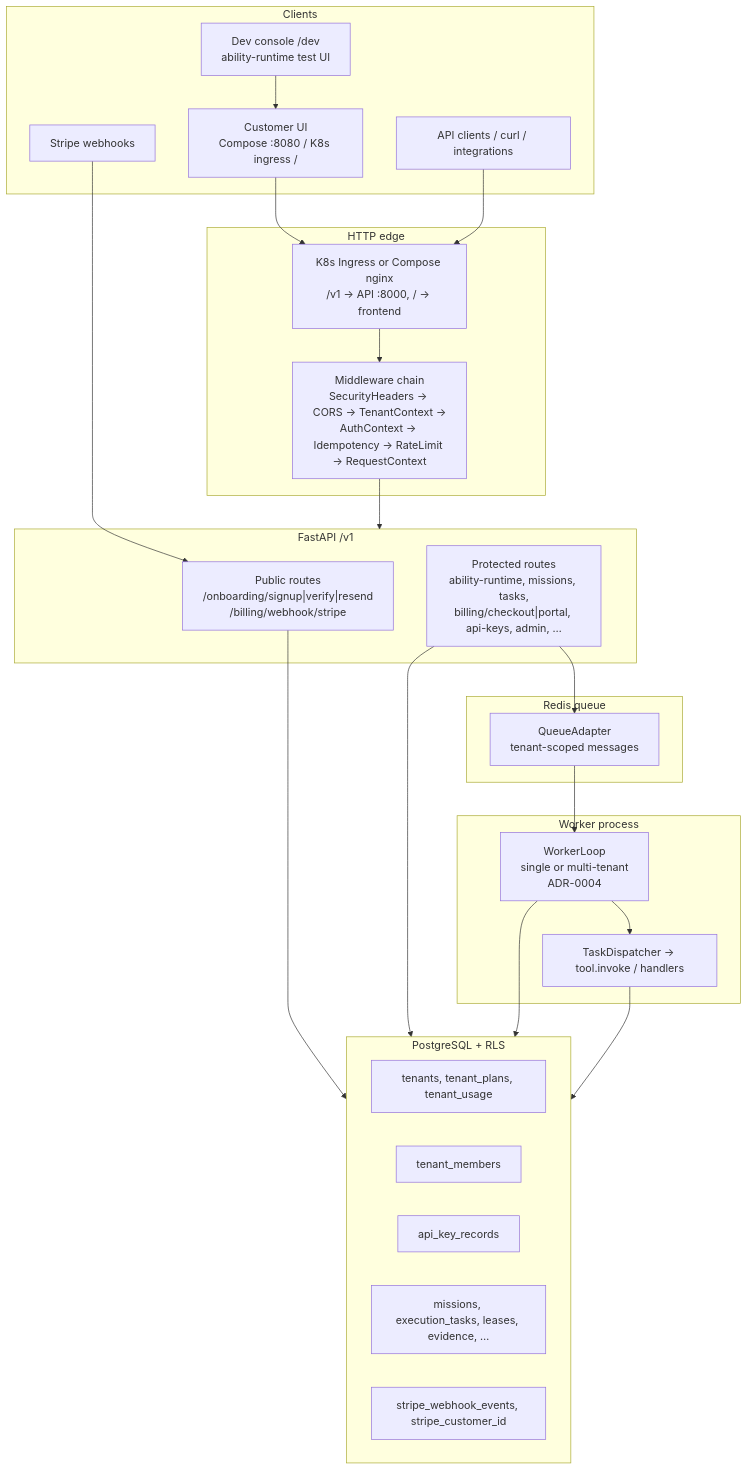
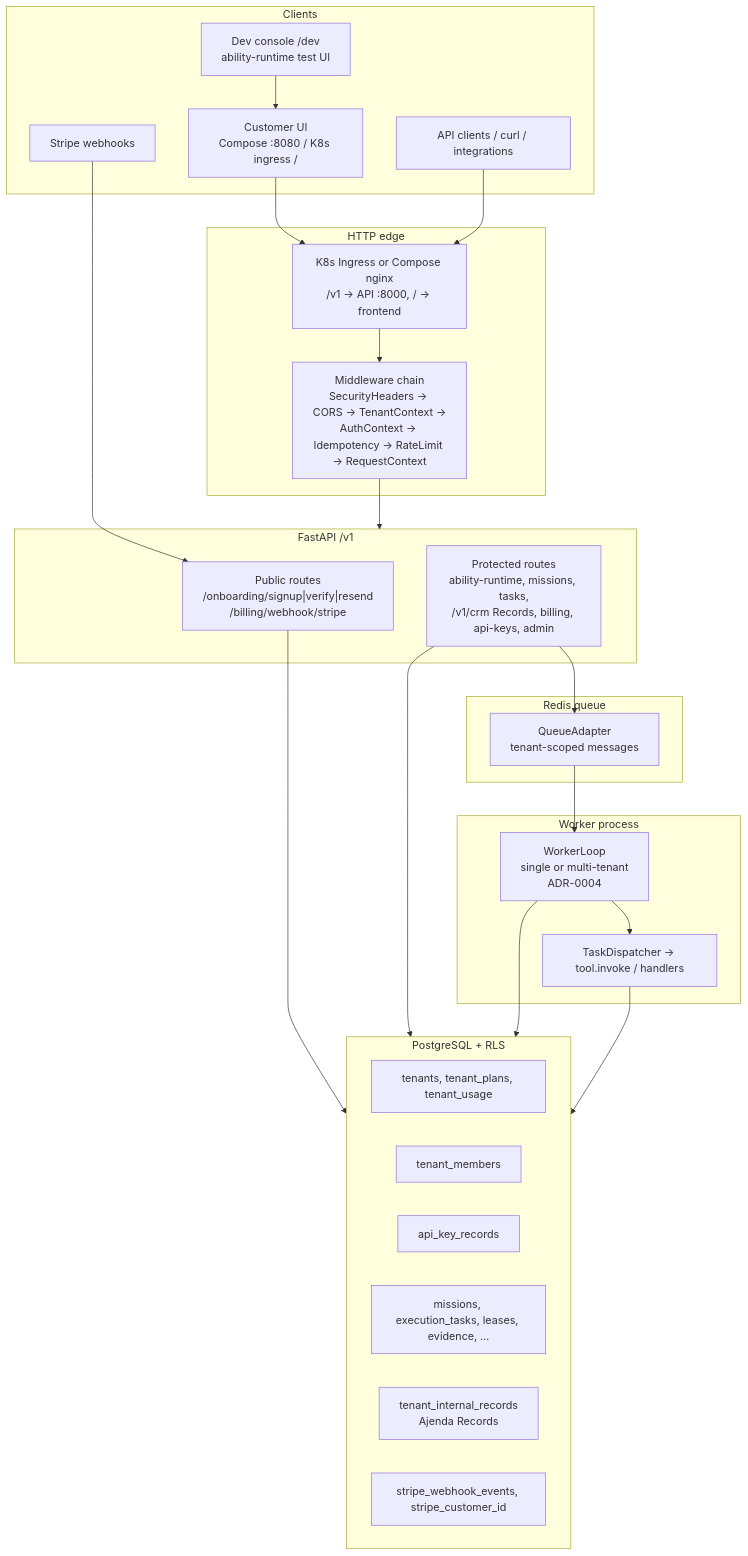
The first of 9 diagrams in docs/architecture/SYSTEM_ARCHITECTURE.md (1devteam/ajenda-ai), drawn with Mermaid before and after one commit. The commit also changed other lines of this file and 7 other files, not shown here.

````diff
--- a/docs/architecture/SYSTEM_ARCHITECTURE.md
+++ b/docs/architecture/SYSTEM_ARCHITECTURE.md
@@ -13,48 +15,49 @@
 ```mermaid
 flowchart TB
     subgraph Clients["Clients"]
         CustomerUI["Customer UI<br/>Compose :8080 / K8s ingress /"]
         DevConsole["Dev console /dev<br/>ability-runtime test UI"]
         CurlAPI["API clients / curl / integrations"]
         Stripe["Stripe webhooks"]
     end
 
     subgraph Edge["HTTP edge"]
         Ingress["K8s Ingress or Compose nginx<br/>/v1 → API :8000, / → frontend"]
         MW["Middleware chain<br/>SecurityHeaders → CORS → TenantContext →<br/>AuthContext → Idempotency → RateLimit → RequestContext"]
     end
 
     subgraph API["FastAPI /v1"]
         Public["Public routes<br/>/onboarding/signup|verify|resend<br/>/billing/webhook/stripe"]
-        Protected["Protected routes<br/>ability-runtime, missions, tasks,<br/>billing/checkout|portal, api-keys, admin, …"]
+        Protected["Protected routes<br/>ability-runtime, missions, tasks,<br/>/v1/crm Records, billing, api-keys, admin"]
     end
 
     subgraph Data["PostgreSQL + RLS"]
         Tenants["tenants, tenant_plans, tenant_usage"]
         Members["tenant_members"]
         Keys["api_key_records"]
         Runtime["missions, execution_tasks, leases, evidence, …"]
+        Records["tenant_internal_records<br/>Ajenda Records"]
         Billing["stripe_webhook_events, stripe_customer_id"]
     end
 
     subgraph Queue["Redis queue"]
         QAdapter["QueueAdapter<br/>tenant-scoped messages"]
     end
 
     subgraph Worker["Worker process"]
         WL["WorkerLoop<br/>single or multi-tenant<br/>ADR-0004"]
         Disp["TaskDispatcher → tool.invoke / handlers"]
     end
 
     CustomerUI --> Ingress
     DevConsole --> CustomerUI
     CurlAPI --> Ingress
     Stripe --> Public
     Ingress --> MW --> API
     Public --> Data
     Protected --> Data
     Protected --> QAdapter
     QAdapter --> WL --> Disp
     WL --> Data
     Disp --> Data
 ```
````
